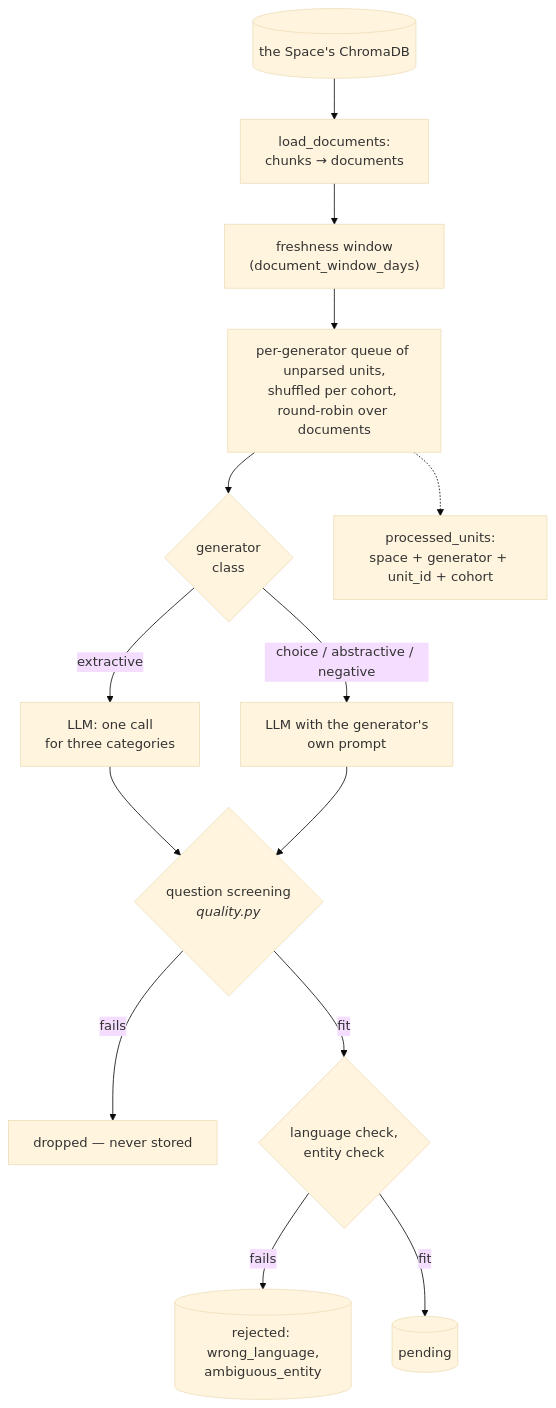
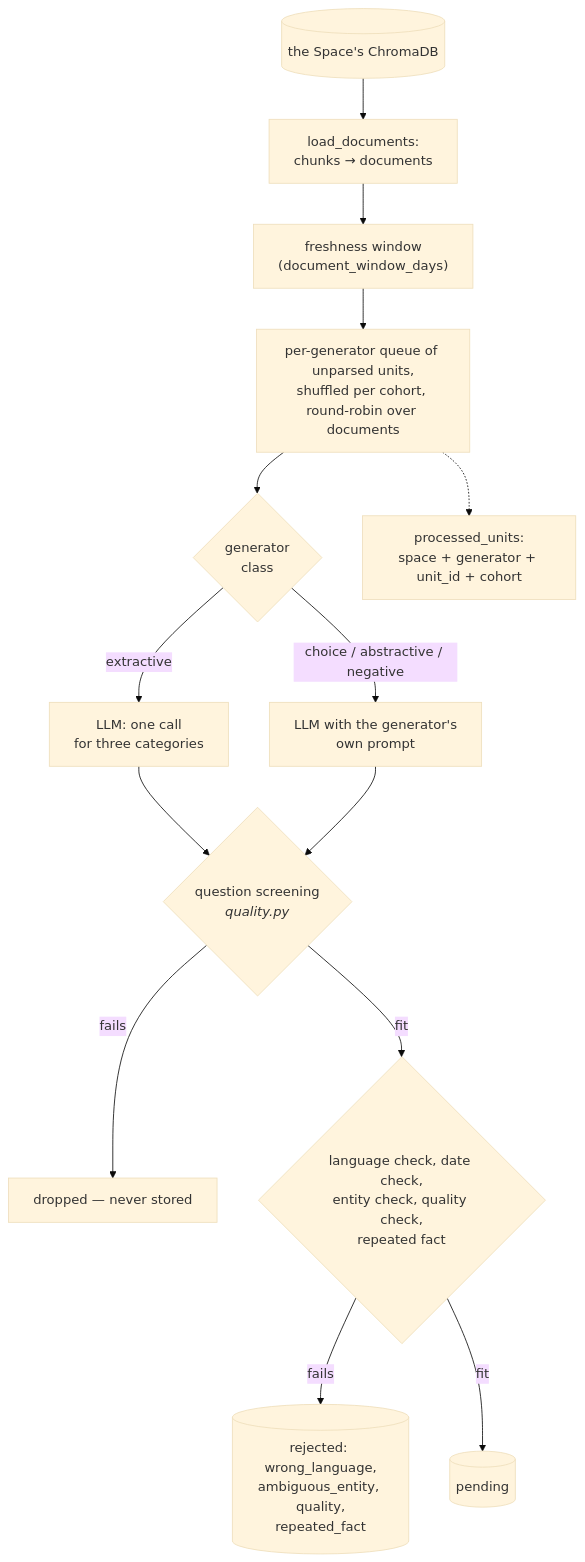
One commit to OpenMined/syft-space changed the first of 2 diagrams in packages/benchmark/docs/02-generation.md. Above: the diagram before and after it, drawn with Mermaid (base theme). The commit also changed other lines of this file and 99 other files, not shown here.

````diff
--- a/packages/benchmark/docs/02-generation.md
+++ b/packages/benchmark/docs/02-generation.md
@@ -130,21 +140,21 @@
 ```mermaid
 flowchart TB
     CH[("the Space's ChromaDB")] --> LOAD["load_documents:<br/>chunks → documents"]
     LOAD --> WIN["freshness window<br/>(document_window_days)"]
     WIN --> PICK["per-generator queue of unparsed units,<br/>shuffled per cohort, round-robin over documents"]
     PICK --> SPLIT{"generator<br/>class"}
 
     SPLIT -- "extractive" --> LLMX["LLM: one call<br/>for three categories"]
     SPLIT -- "choice / abstractive / negative" --> LLMG["LLM with the generator's<br/>own prompt"]
 
     LLMX --> R1
     LLMG --> R1
 
     R1{"question screening<br/><i>quality.py</i>"} -- "fails" --> DROP["dropped — never stored"]
-    R1 -- "fit" --> R2{"language check,<br/>entity check"}
-    R2 -- "fails" --> REJ[("rejected: wrong_language,<br/>ambiguous_entity")]
+    R1 -- "fit" --> R2{"language check, date check,<br/>entity check, quality check,<br/>repeated fact"}
+    R2 -- "fails" --> REJ[("rejected: wrong_language,<br/>ambiguous_entity, quality,<br/>repeated_fact")]
     R2 -- "fit" --> PEND[("pending")]
 
     MARK["processed_units:<br/>space + generator + unit_id + cohort"]
     PICK -.-> MARK
 ```
````
